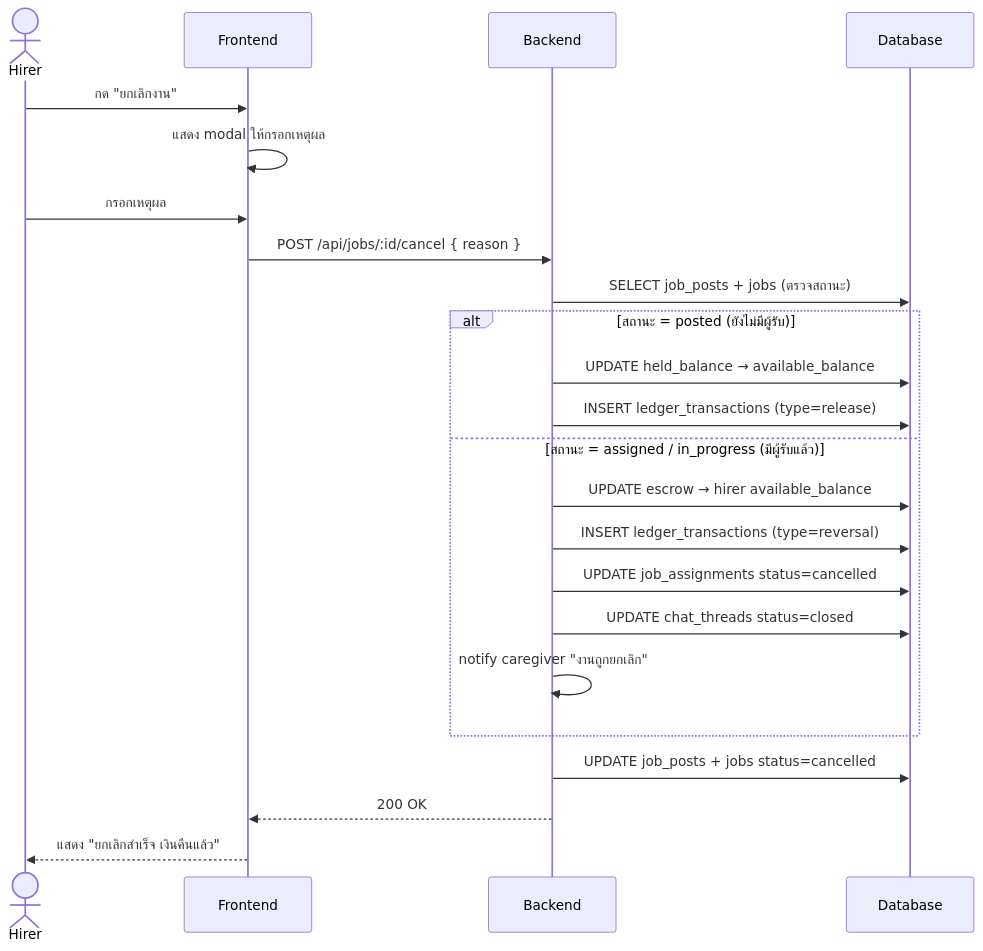
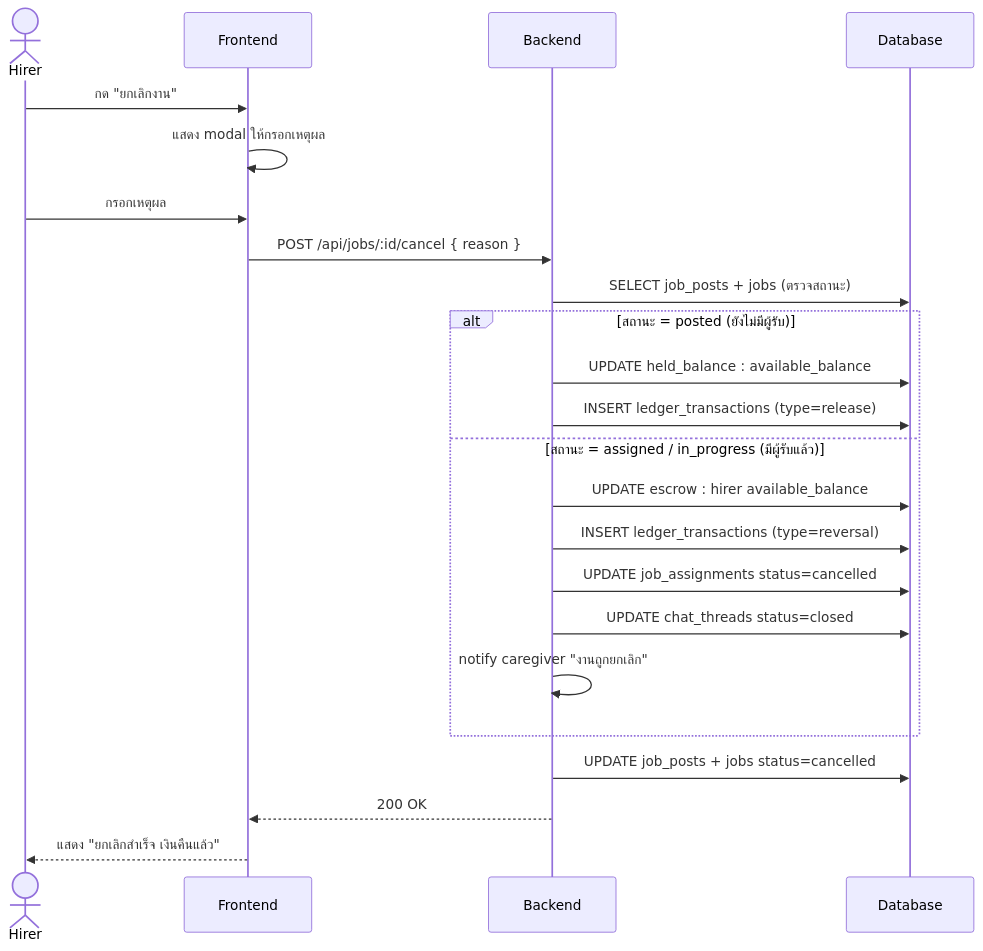
One commit to SakdaRt/Careconnect changed the tenth of 16 diagrams in THESIS_CONTENT_CH3_PART3.md. Above: the diagram before and after it, drawn with Mermaid. The commit also changed other lines of this file and 1 other file, not shown here.

````diff
--- a/THESIS_CONTENT_CH3_PART3.md
+++ b/THESIS_CONTENT_CH3_PART3.md
@@ -940,25 +941,25 @@
 ```mermaid
 sequenceDiagram
     actor Hirer
     participant FE as Frontend
     participant BE as Backend
     participant DB as Database
     Hirer->>FE: กด "ยกเลิกงาน"
     FE->>FE: แสดง modal ให้กรอกเหตุผล
     Hirer->>FE: กรอกเหตุผล
     FE->>BE: POST /api/jobs/:id/cancel { reason }
     BE->>DB: SELECT job_posts + jobs (ตรวจสถานะ)
     alt สถานะ = posted (ยังไม่มีผู้รับ)
-        BE->>DB: UPDATE held_balance → available_balance
+        BE->>DB: UPDATE held_balance : available_balance
         BE->>DB: INSERT ledger_transactions (type=release)
     else สถานะ = assigned / in_progress (มีผู้รับแล้ว)
-        BE->>DB: UPDATE escrow → hirer available_balance
+        BE->>DB: UPDATE escrow : hirer available_balance
         BE->>DB: INSERT ledger_transactions (type=reversal)
         BE->>DB: UPDATE job_assignments status=cancelled
         BE->>DB: UPDATE chat_threads status=closed
         BE->>BE: notify caregiver "งานถูกยกเลิก"
     end
     BE->>DB: UPDATE job_posts + jobs status=cancelled
     BE-->>FE: 200 OK
     FE-->>Hirer: แสดง "ยกเลิกสำเร็จ เงินคืนแล้ว"
 ```
````
